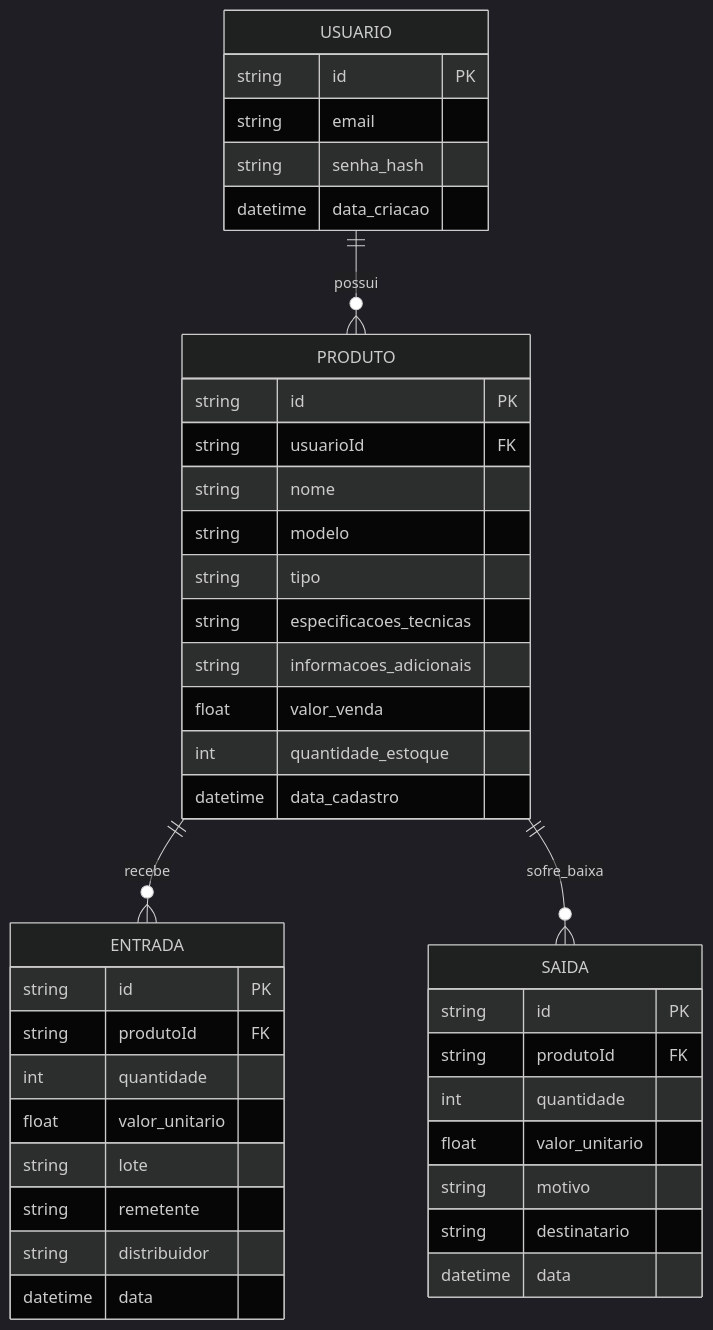
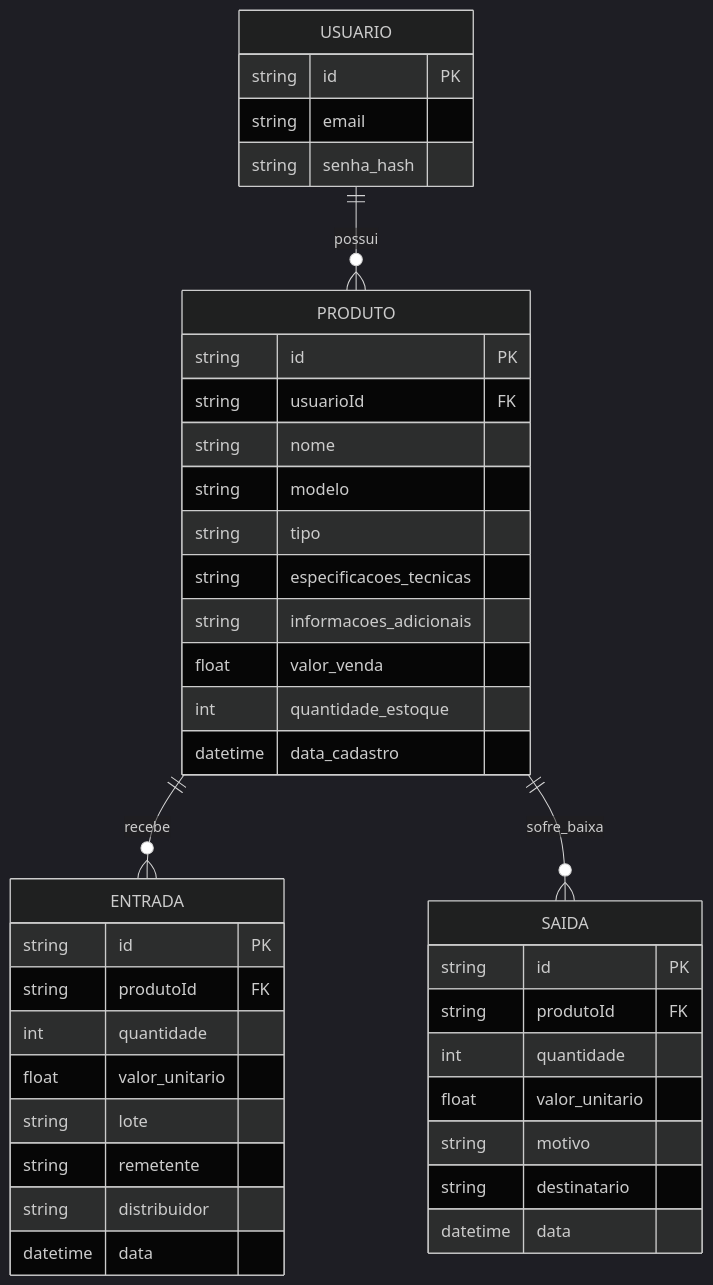
Before and after one commit to Pericles3322/Projeto_Pericles_WEB2: the diagram in docs/spec.md, drawn with Mermaid (dark theme). The commit also changed other lines of this file, not shown here.

````diff
--- a/docs/spec.md
+++ b/docs/spec.md
@@ -9,48 +9,47 @@
 ```mermaid
 erDiagram
 
 USUARIO ||--o{ PRODUTO : possui
 PRODUTO ||--o{ ENTRADA : recebe
 PRODUTO ||--o{ SAIDA : sofre_baixa
 
 USUARIO {
 string id PK
 string email
 string senha_hash
-datetime data_criacao
 }
 
 PRODUTO {
 string id PK
 string usuarioId FK
 string nome
 string modelo
 string tipo
 string especificacoes_tecnicas
 string informacoes_adicionais
 float valor_venda
 int quantidade_estoque
 datetime data_cadastro
 }
 
 ENTRADA {
 string id PK
 string produtoId FK
 int quantidade
 float valor_unitario
 string lote
 string remetente
 string distribuidor
 datetime data
 }
 
 SAIDA {
 string id PK
 string produtoId FK
 int quantidade
 float valor_unitario
 string motivo
 string destinatario
 datetime data
 }
 ```
````
